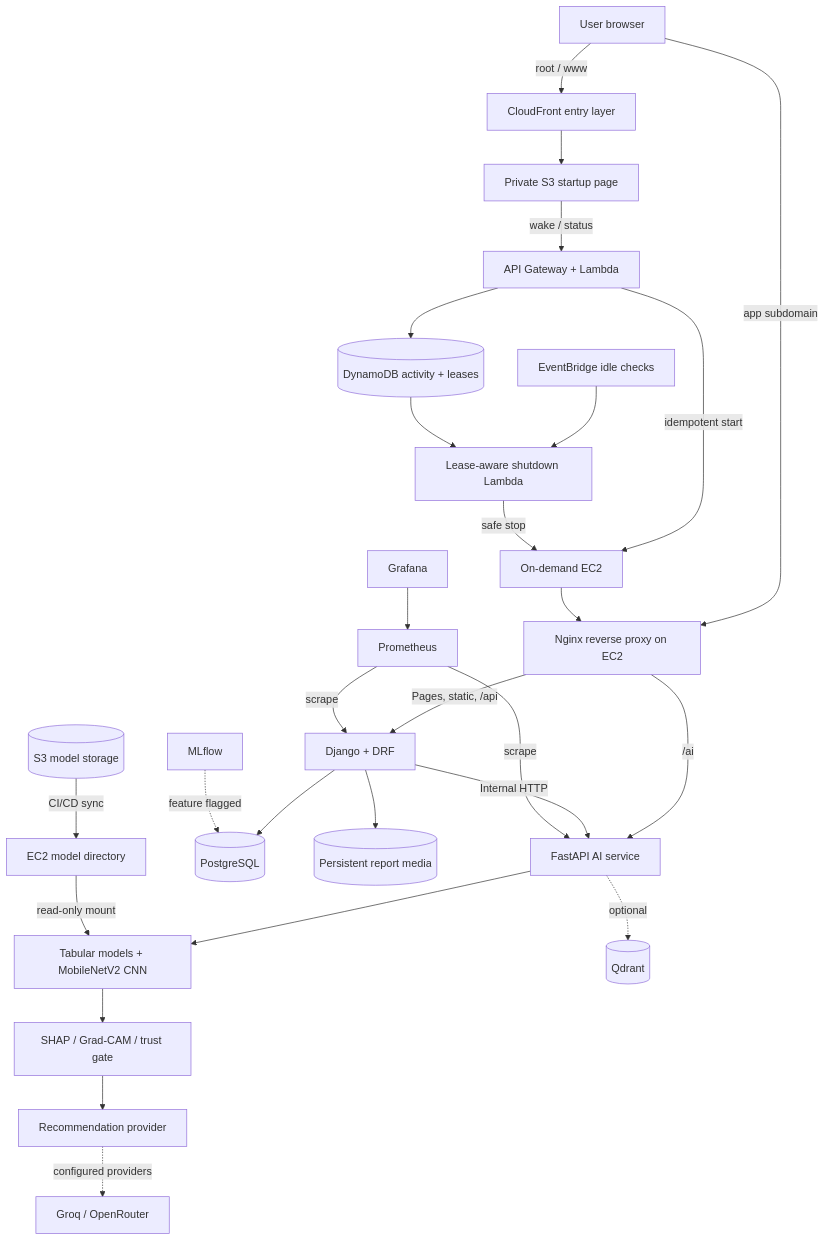
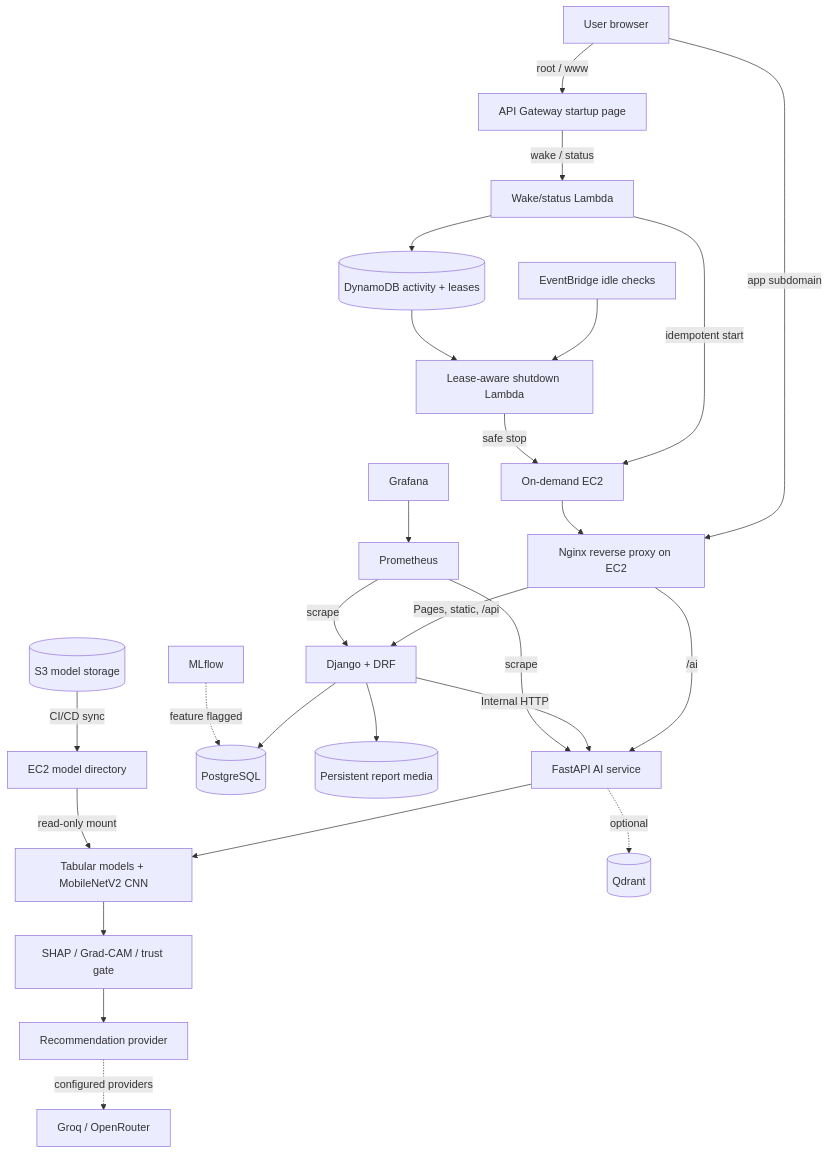
The first of 2 diagrams in README.md (hammadAsher100/Medimind---Ai-powered-Healthcare-platform), drawn with Mermaid before and after one commit. The commit also changed other lines of this file and 8 other files, not shown here.

Commit message:
fix: use API Gateway for always-on entry

````diff
--- a/README.md
+++ b/README.md
@@ -141,29 +141,28 @@
 ```mermaid
 flowchart TB
-    User["User browser"] -->|root / www| CloudFront["CloudFront entry layer"]
-    CloudFront --> Startup["Private S3 startup page"]
-    Startup -->|wake / status| Wake["API Gateway + Lambda"]
+    User["User browser"] -->|root / www| Startup["API Gateway startup page"]
+    Startup -->|wake / status| Wake["Wake/status Lambda"]
     Wake -->|idempotent start| EC2["On-demand EC2"]
     User -->|app subdomain| Nginx["Nginx reverse proxy on EC2"]
     Scheduler["EventBridge idle checks"] --> Shutdown["Lease-aware shutdown Lambda"]
     Shutdown -->|safe stop| EC2
     Activity[(DynamoDB activity + leases)] --> Shutdown
     Wake --> Activity
     EC2 --> Nginx
     Nginx -->|Pages, static, /api| Django["Django + DRF"]
     Nginx -->|/ai| FastAPI["FastAPI AI service"]
     Django -->|Internal HTTP| FastAPI
     Django --> PostgreSQL[(PostgreSQL)]
     Django --> Media[(Persistent report media)]
     FastAPI --> Models["Tabular models + MobileNetV2 CNN"]
     Models --> Explain["SHAP / Grad-CAM / trust gate"]
     Explain --> Guidance["Recommendation provider"]
     FastAPI -. optional .-> Qdrant[(Qdrant)]
     Guidance -. configured providers .-> LLM["Groq / OpenRouter"]
     S3[(S3 model storage)] -->|CI/CD sync| HostModels["EC2 model directory"]
     HostModels -->|read-only mount| Models
     Prometheus["Prometheus"] -->|scrape| Django
     Prometheus -->|scrape| FastAPI
     Grafana["Grafana"] --> Prometheus
     MLflow["MLflow"] -. feature flagged .-> PostgreSQL
 ```
````
